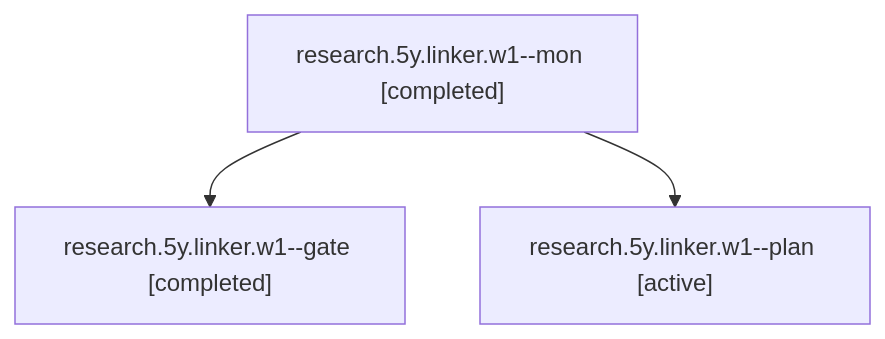
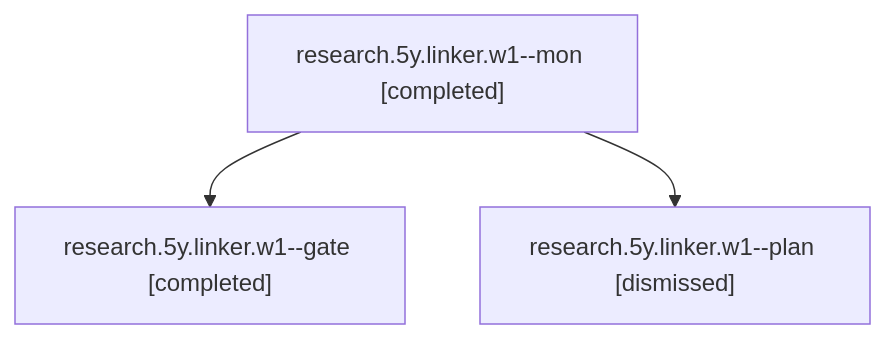
One commit to bobs-org/bob-cli--agents changed the diagram in sessions/bbugyi200.apollo.research.5y.linker.w1.md. Above: the diagram before and after it, drawn with Mermaid. The commit also changed other lines of this file and 14 other files, not shown here.

````diff
--- a/sessions/bbugyi200.apollo.research.5y.linker.w1.md
+++ b/sessions/bbugyi200.apollo.research.5y.linker.w1.md
@@ -9,8 +9,8 @@
 ```mermaid
 flowchart TD
   n0["research.5y.linker.w1--mon [completed]"]
   n1["research.5y.linker.w1--gate [completed]"]
   n0 --> n1
-  n2["research.5y.linker.w1--plan [active]"]
+  n2["research.5y.linker.w1--plan [dismissed]"]
   n0 --> n2
 ```
````
